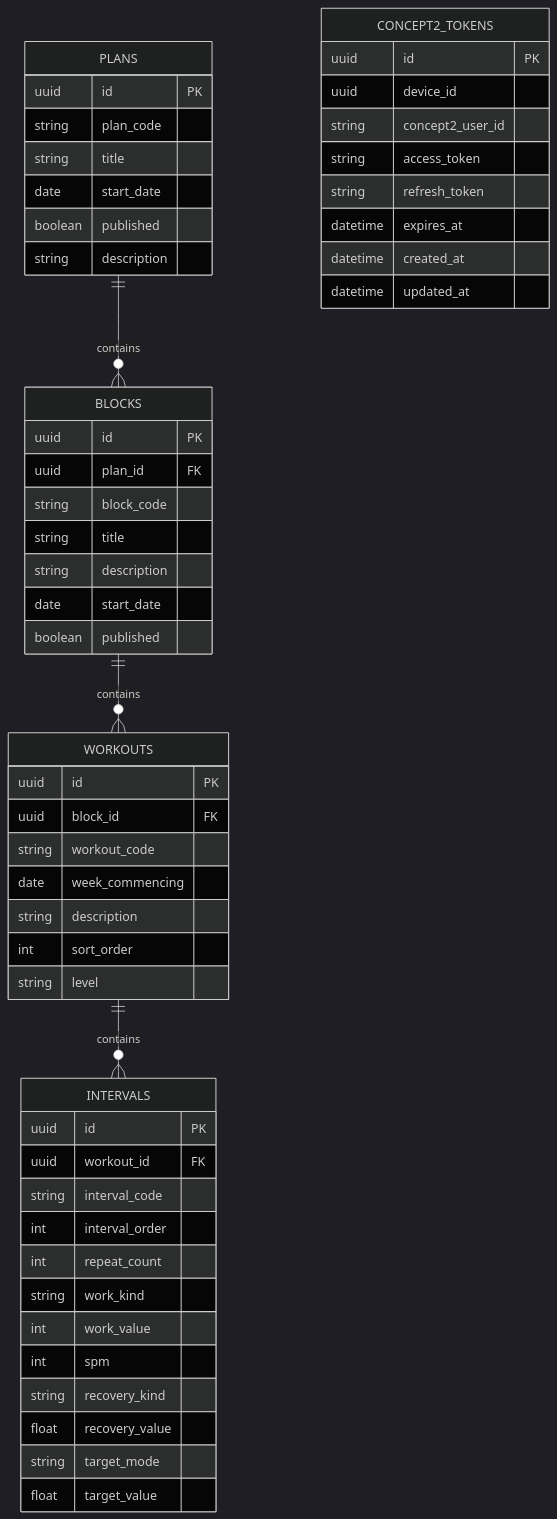
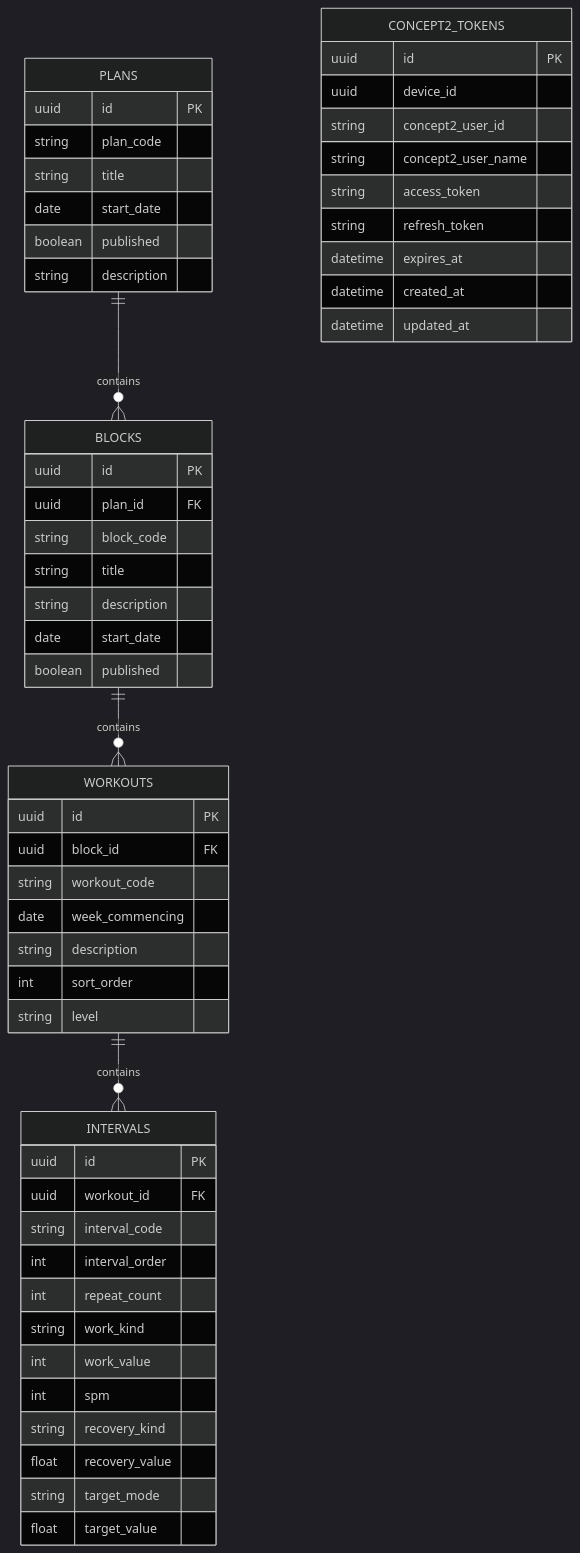
Before and after one commit to dxdavidson/nbrctraining: the diagram in docs/database-schema.md, drawn with Mermaid (dark theme). The commit also changed 5 other files, not shown here.

````diff
--- a/docs/database-schema.md
+++ b/docs/database-schema.md
@@ -1,56 +1,57 @@
 ```mermaid
 erDiagram
 	PLANS {
         uuid id PK
 		string plan_code
 		string title
 		date start_date
 		boolean published
 		string description
 	}
 	BLOCKS {
 		uuid id PK
         uuid plan_id FK
 		string block_code 
 		string title
 		string description
 		date start_date
 		boolean published
 	}
 	WORKOUTS {
         uuid id PK
         uuid block_id FK		
 		string workout_code
 		date week_commencing
 		string description
 		int sort_order
 		string level
 	}
 	INTERVALS {
         uuid id PK
         uuid workout_id FK		
 		string interval_code
 		int interval_order
 		int repeat_count
 		string work_kind
 		int work_value
 		int spm
 		string recovery_kind
 		float recovery_value
 		string target_mode
 		float target_value
 	}
 	CONCEPT2_TOKENS {
         uuid id PK
         uuid device_id
         string concept2_user_id
+		string concept2_user_name
         string access_token
         string refresh_token
         datetime expires_at
         datetime created_at
         datetime updated_at
 	}
 	PLANS ||--o{ BLOCKS : contains
 	BLOCKS ||--o{ WORKOUTS : contains
 	WORKOUTS ||--o{ INTERVALS : contains
 ```
````
